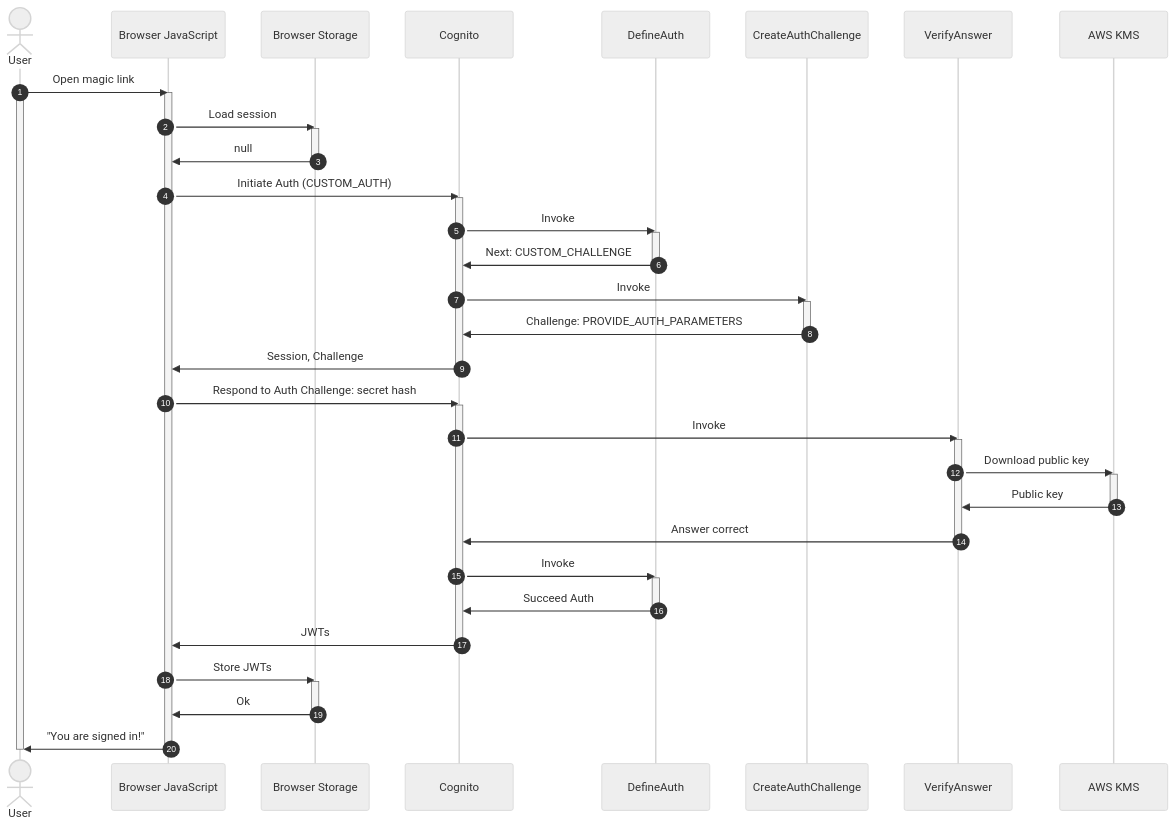
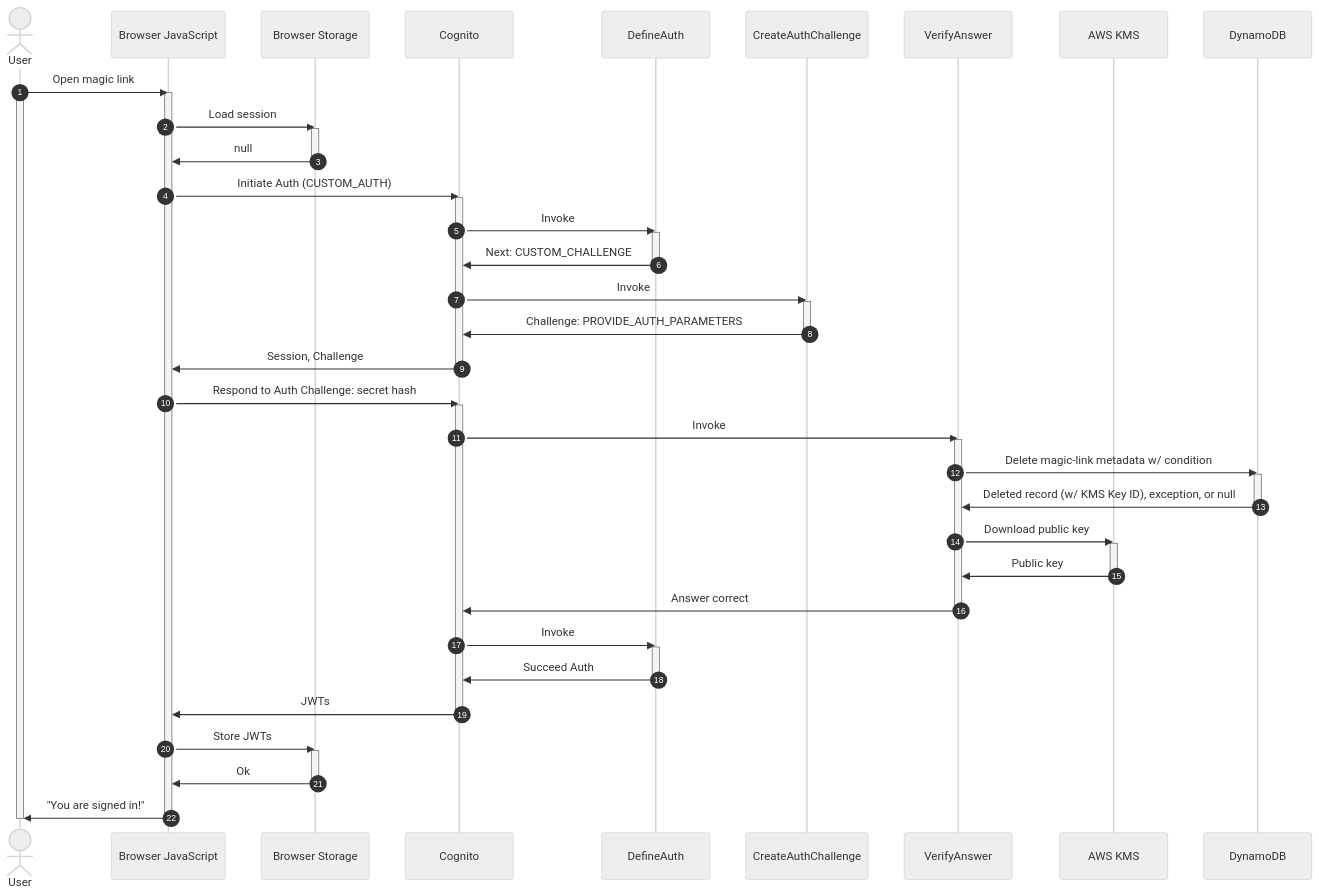
One commit to aws-samples/amazon-cognito-passwordless-auth changed the third of 3 diagrams in MAGIC-LINKS.md. Above: the diagram before and after it, drawn with Mermaid (neutral theme).

Commit message:
chore(docs): add ddb to magic link diagram (#47)

````diff
--- a/MAGIC-LINKS.md
+++ b/MAGIC-LINKS.md
@@ -145,54 +145,59 @@
 ```mermaid
 sequenceDiagram
     autonumber
     actor User
     participant BJS as Browser JavaScript
     participant BLS as Browser Storage
     participant C as Cognito
     participant DA as DefineAuth
     participant CA as CreateAuthChallenge
     participant VA as VerifyAnswer
     participant KMS as AWS KMS
+    participant DDB as DynamoDB
     User->>BJS: Open magic link
     activate BJS
     activate User
     BJS->>BLS: Load session
     Activate BLS
     BLS->>BJS: null
     Deactivate BLS
     BJS->>C: Initiate Auth (CUSTOM_AUTH)
     Activate C
     C->>DA: Invoke
     Activate DA
     DA->>C: Next: CUSTOM_CHALLENGE
     Deactivate DA
     C->>CA: Invoke
     Activate CA
     CA->>C: Challenge: PROVIDE_AUTH_PARAMETERS
     Deactivate CA
     C->>BJS: Session, Challenge
     Deactivate C
     BJS->>C: Respond to Auth Challenge: secret hash
     Activate C
     C->>VA: Invoke
     Activate VA
+    VA->>DDB: Delete magic-link metadata w/ condition
+    Activate DDB
+    DDB->>VA: Deleted record (w/ KMS Key ID), exception, or null
+    Deactivate DDB
     VA->>KMS: Download public key
     Activate KMS
     KMS->>VA: Public key
     Deactivate KMS
     VA->>C: Answer correct
     Deactivate VA
     C->>DA: Invoke
     Activate DA
     DA->>C: Succeed Auth
     Deactivate DA
     C->>BJS: JWTs
     Deactivate C
     BJS->>BLS: Store JWTs
     Activate BLS
     BLS->>BJS: Ok
     Deactivate BLS
     BJS->>User: "You are signed in!"
     Deactivate User
     Deactivate BJS
 ```
````
